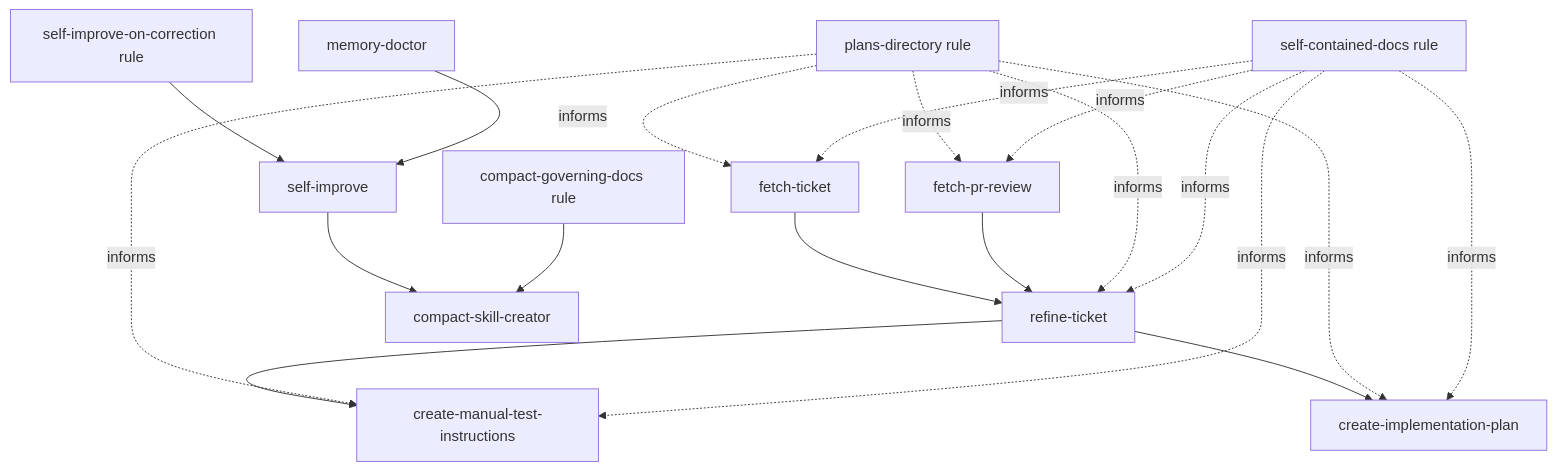
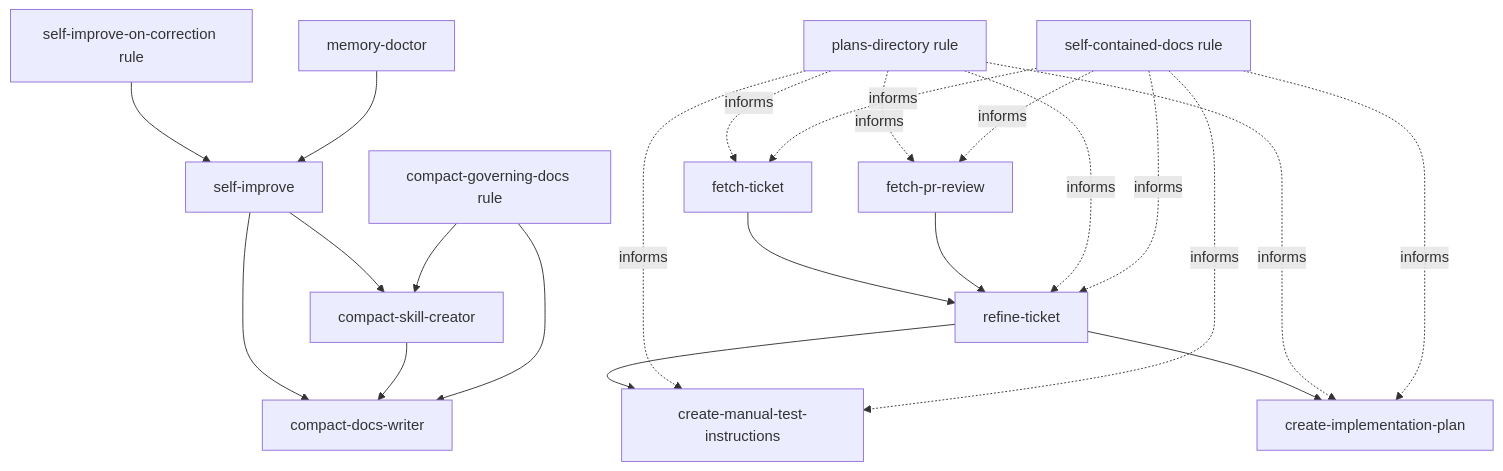
The diagram in README.md (sudlud/agent-toolkit), drawn with Mermaid before and after one commit. The commit also changed other lines of this file and 6 other files, not shown here.

Commit message:
feat: extract compact-docs-writer skill from compact-skill-creator

````diff
--- a/README.md
+++ b/README.md
@@ -106,24 +108,27 @@
 ```mermaid
 flowchart TD
   fetch_ticket["fetch-ticket"] --> refine["refine-ticket"]
   fetch_pr["fetch-pr-review"] --> refine
   refine --> manual["create-manual-test-instructions"]
   refine --> plan["create-implementation-plan"]
 
   self_rule["self-improve-on-correction rule"] --> self["self-improve"]
   self --> compact["compact-skill-creator"]
+  self --> compact_docs["compact-docs-writer"]
+  compact --> compact_docs
   memory_doctor["memory-doctor"] --> self
   compact_gov["compact-governing-docs rule"] --> compact
+  compact_gov --> compact_docs
 
   plans_rule["plans-directory rule"] -. informs .-> fetch_ticket
   plans_rule -. informs .-> fetch_pr
   plans_rule -. informs .-> refine
   plans_rule -. informs .-> manual
   plans_rule -. informs .-> plan
 
   docs_rule["self-contained-docs rule"] -. informs .-> fetch_ticket
   docs_rule -. informs .-> fetch_pr
   docs_rule -. informs .-> refine
   docs_rule -. informs .-> manual
   docs_rule -. informs .-> plan
 ```
````
